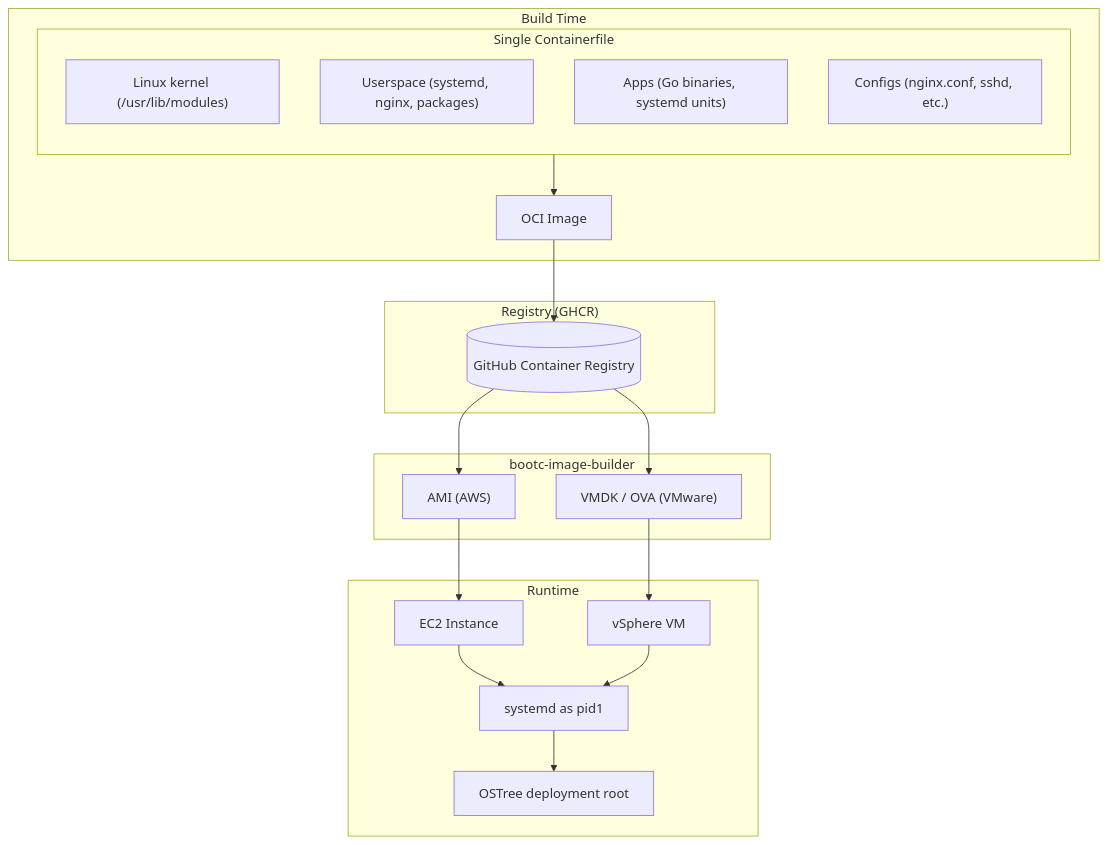
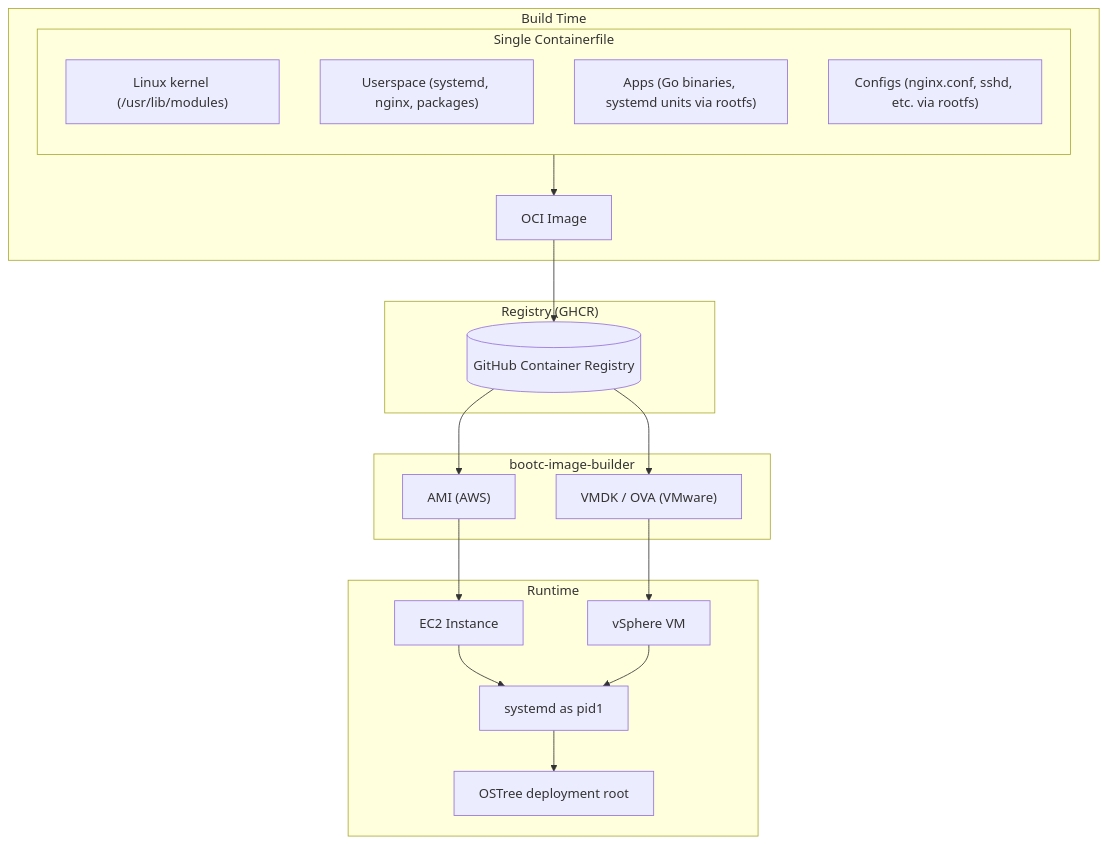
The first of 6 diagrams in docs/000-architecture-overview.md (duyhenryer/bootc-testboot), drawn with Mermaid before and after one commit. The commit also changed other lines of this file and 5 other files, not shown here.

Commit message:
docs: align architecture documentation with rootfs overlay and builder patterns

````diff
--- a/docs/000-architecture-overview.md
+++ b/docs/000-architecture-overview.md
@@ -11,31 +11,31 @@
 ```mermaid
 flowchart TB
     subgraph Containerfile["Single Containerfile"]
         direction TB
         K["Linux kernel (/usr/lib/modules)"]
         U["Userspace (systemd, nginx, packages)"]
-        A["Apps (Go binaries, systemd units)"]
-        C["Configs (nginx.conf, sshd, etc.)"]
+        A["Apps (Go binaries, systemd units via rootfs)"]
+        C["Configs (nginx.conf, sshd, etc. via rootfs)"]
     end
 
     subgraph Build["Build Time"]
         Containerfile --> OCI["OCI Image"]
     end
 
     subgraph Registry["Registry (GHCR)"]
         OCI --> GHCR[("GitHub Container Registry")]
     end
 
     subgraph ImageBuilder["bootc-image-builder"]
         GHCR --> AMI["AMI (AWS)"]
         GHCR --> VMDK["VMDK / OVA (VMware)"]
     end
 
     subgraph Runtime["Runtime"]
         AMI --> EC2["EC2 Instance"]
         VMDK --> VSPHERE["vSphere VM"]
         EC2 --> PID1["systemd as pid1"]
         VSPHERE --> PID1
         PID1 --> ROOT["OSTree deployment root"]
     end
 ```
````
